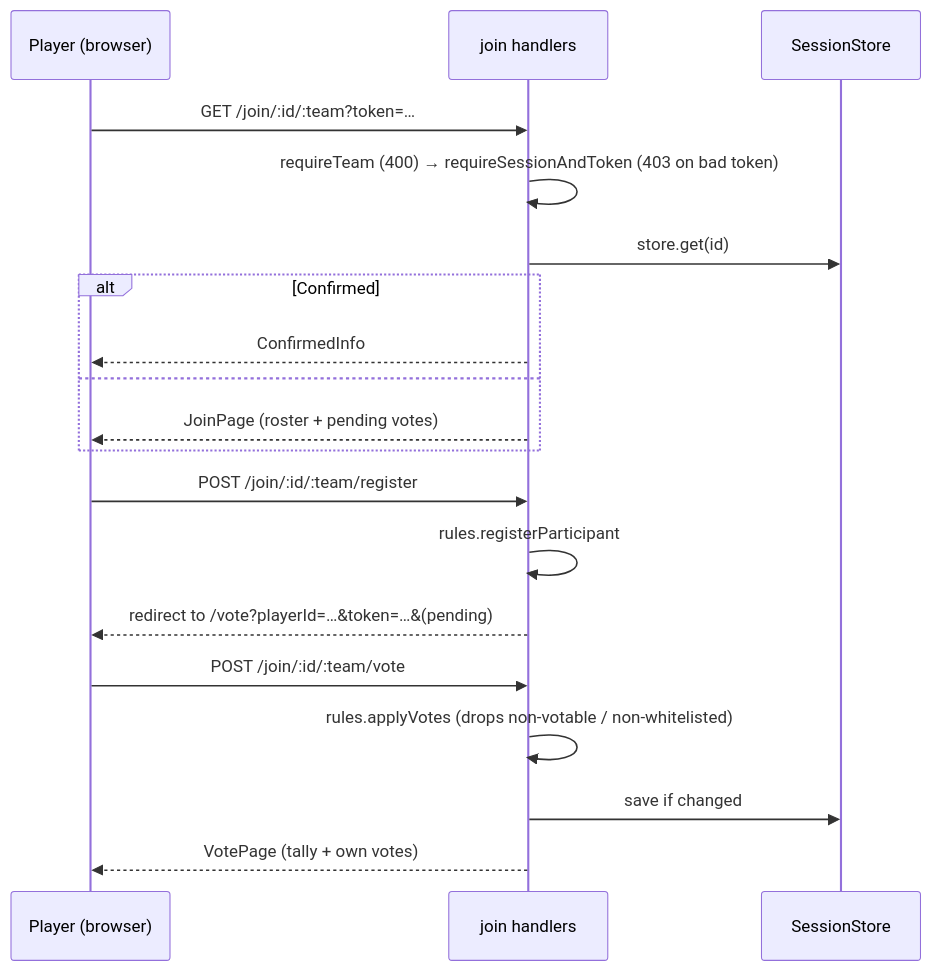
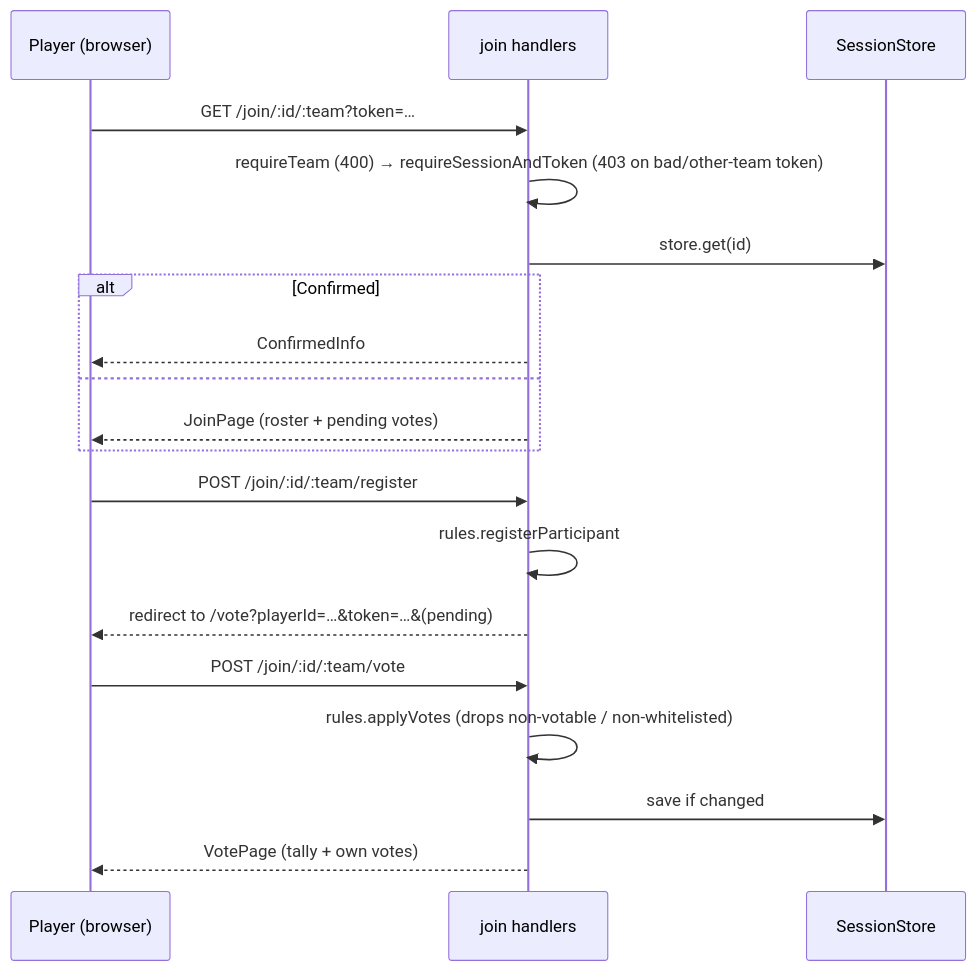
Before and after one commit to HonoluluHenk/postpony: the third of 4 diagrams in docs/arc42/06-runtime-view.md, drawn with Mermaid. The commit also changed other lines of this file and 9 other files, not shown here.

````diff
--- a/docs/arc42/06-runtime-view.md
+++ b/docs/arc42/06-runtime-view.md
@@ -52,21 +54,21 @@
 ```mermaid
 sequenceDiagram
     participant P as Player (browser)
     participant H as join handlers
     participant DB as SessionStore
     P ->> H: GET /join/:id/:team?token=…
-    H ->> H: requireTeam (400) → requireSessionAndToken (403 on bad token)
+    H ->> H: requireTeam (400) → requireSessionAndToken (403 on bad/other-team token)
     H ->> DB: store.get(id)
     alt Confirmed
         H -->> P: ConfirmedInfo
     else
         H -->> P: JoinPage (roster + pending votes)
     end
     P ->> H: POST /join/:id/:team/register
     H ->> H: rules.registerParticipant
     H -->> P: redirect to /vote?playerId=…&token=…&(pending)
     P ->> H: POST /join/:id/:team/vote
     H ->> H: rules.applyVotes (drops non-votable / non-whitelisted)
     H ->> DB: save if changed
     H -->> P: VotePage (tally + own votes)
 ```
````
